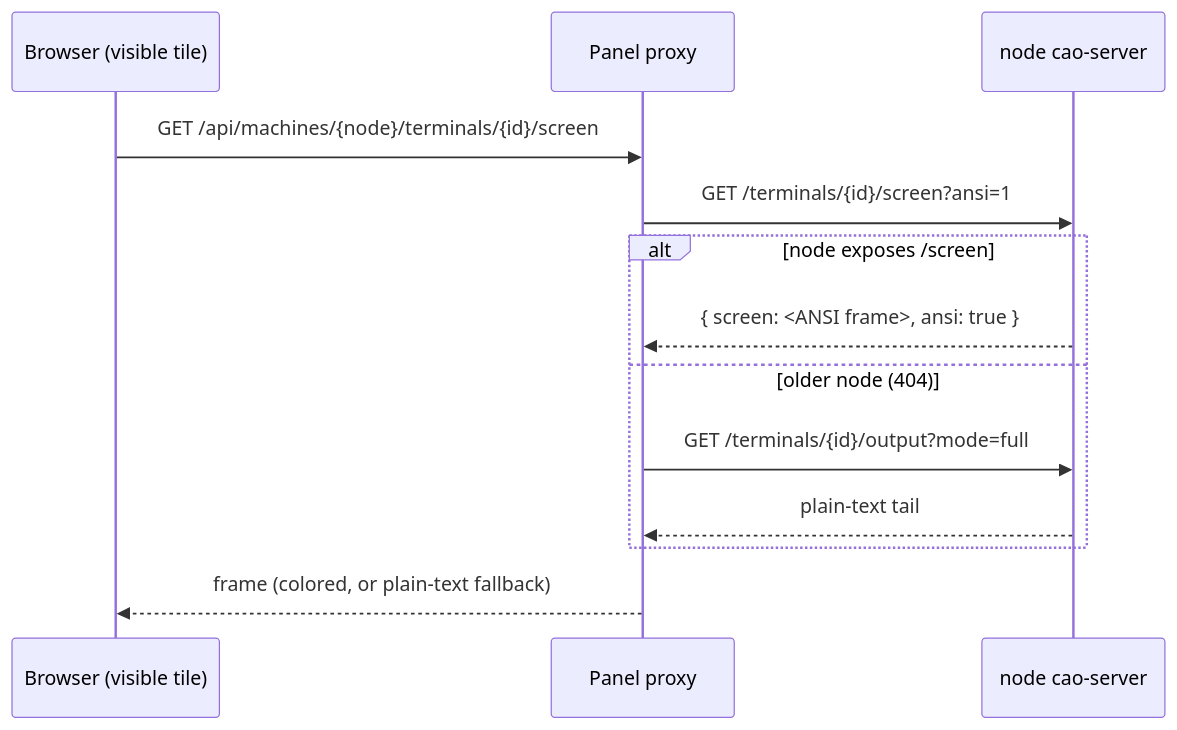
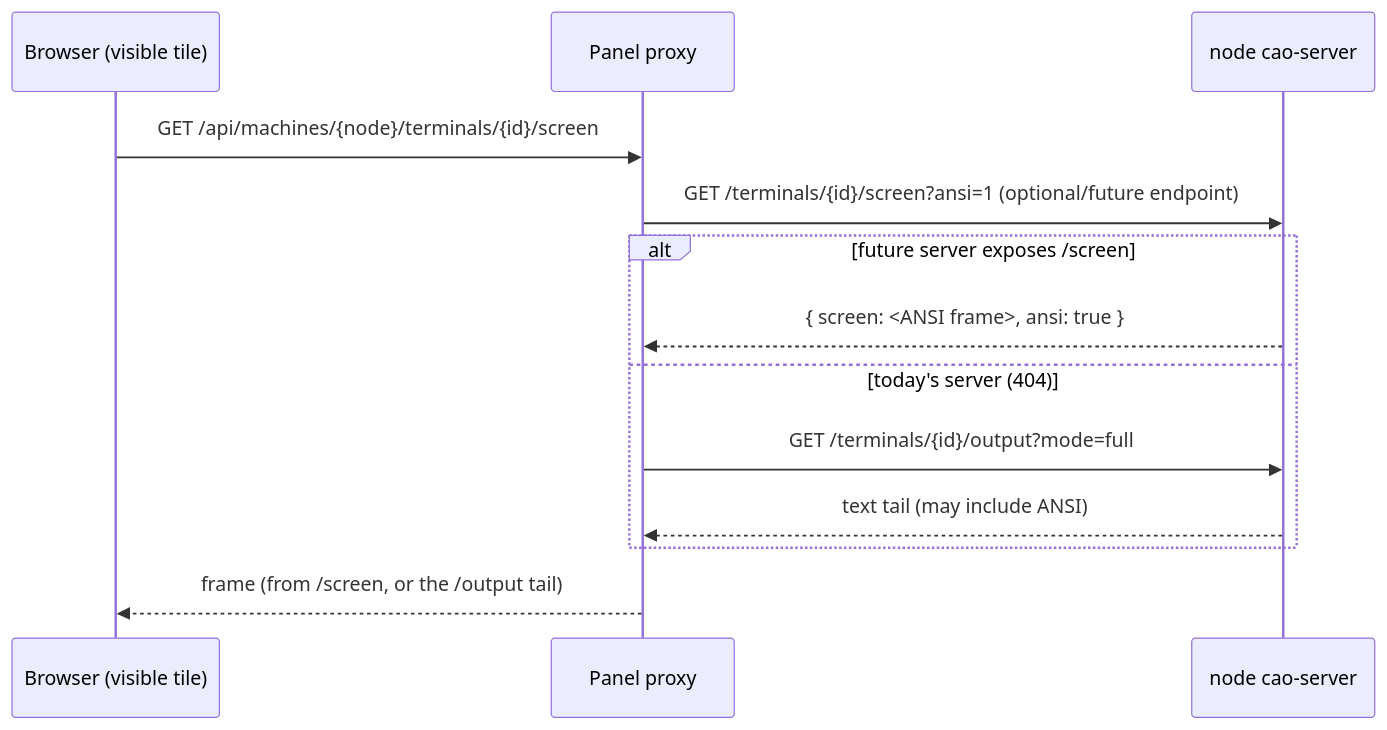
Before and after one commit to awslabs/cli-agent-orchestrator: the fifth of 6 diagrams in docs/fleet_instructions.md, drawn with Mermaid. The commit also changed other lines of this file, not shown here.

First line of the commit message:
address review (#367): reframe /screen, clarify security, add deps note

````diff
--- a/docs/fleet_instructions.md
+++ b/docs/fleet_instructions.md
@@ -158,16 +175,16 @@
 ```mermaid
 sequenceDiagram
     participant B as Browser (visible tile)
     participant P as Panel proxy
     participant N as node cao-server
 
     B->>P: GET /api/machines/{node}/terminals/{id}/screen
-    P->>N: GET /terminals/{id}/screen?ansi=1
-    alt node exposes /screen
+    P->>N: GET /terminals/{id}/screen?ansi=1  (optional/future endpoint)
+    alt future server exposes /screen
         N-->>P: { screen: <ANSI frame>, ansi: true }
-    else older node (404)
+    else today's server (404)
         P->>N: GET /terminals/{id}/output?mode=full
-        N-->>P: plain-text tail
+        N-->>P: text tail (may include ANSI)
     end
-    P-->>B: frame (colored, or plain-text fallback)
+    P-->>B: frame (from /screen, or the /output tail)
 ```
````
